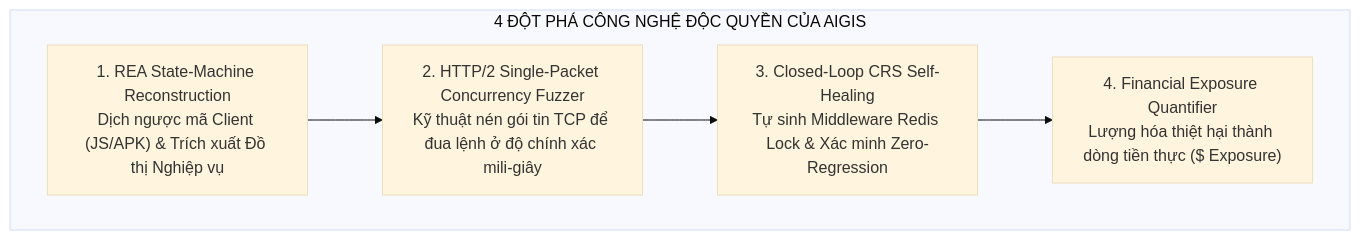
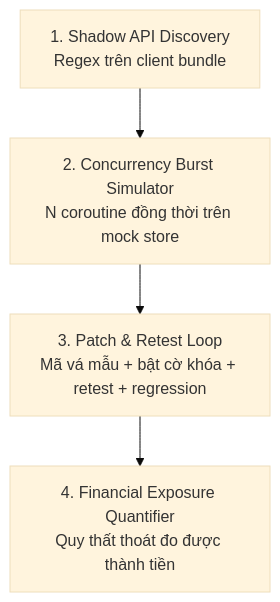
The first of 2 diagrams in AIGIS_SPEC.md (Faewon/AIGIS), drawn with Mermaid (base theme) before and after one commit. The commit also changed other lines of this file and 9 other files, not shown here.

````diff
--- a/AIGIS_SPEC.md
+++ b/AIGIS_SPEC.md
@@ -36,11 +33,8 @@
 ```mermaid
 flowchart TD
-    subgraph AIGIS_Innovations["4 ĐỘT PHÁ CÔNG NGHỆ ĐỘC QUYỀN CỦA AIGIS"]
-        Inno1["1. REA State-Machine Reconstruction<br/>Dịch ngược mã Client (JS/APK) & Trích xuất Đồ thị Nghiệp vụ"]
-        Inno2["2. HTTP/2 Single-Packet Concurrency Fuzzer<br/>Kỹ thuật nén gói tin TCP để đua lệnh ở độ chính xác mili-giây"]
-        Inno3["3. Closed-Loop CRS Self-Healing<br/>Tự sinh Middleware Redis Lock & Xác minh Zero-Regression"]
-        Inno4["4. Financial Exposure Quantifier<br/>Lượng hóa thiệt hại thành dòng tiền thực ($ Exposure)"]
-    end
-
+    Inno1["1. Shadow API Discovery<br/>Regex trên client bundle"]
+    Inno2["2. Concurrency Burst Simulator<br/>N coroutine đồng thời trên mock store"]
+    Inno3["3. Patch & Retest Loop<br/>Mã vá mẫu + bật cờ khóa + retest + regression"]
+    Inno4["4. Financial Exposure Quantifier<br/>Quy thất thoát đo được thành tiền"]
     Inno1 --> Inno2 --> Inno3 --> Inno4
 ```
````
